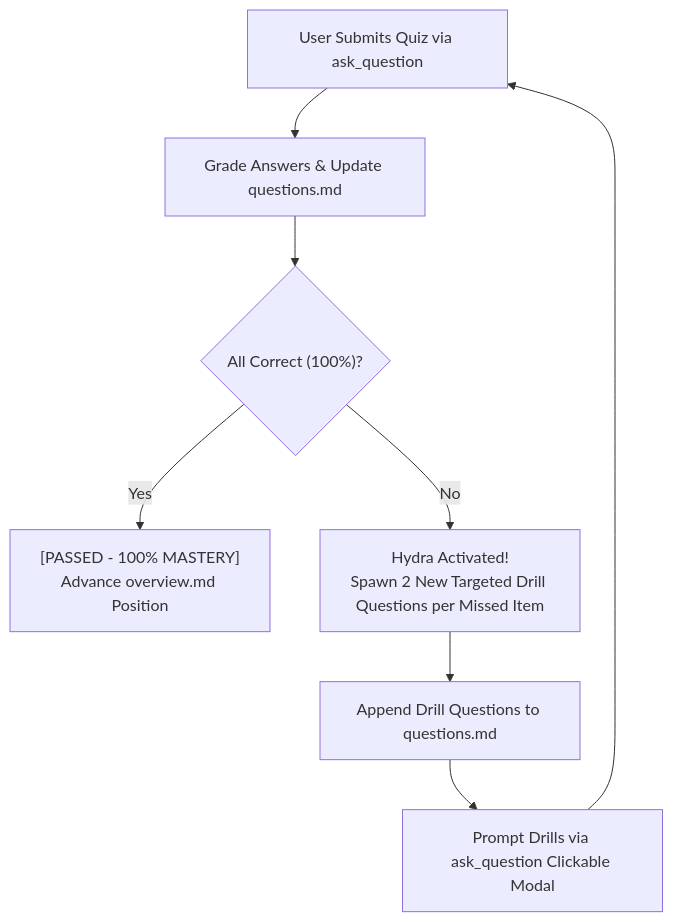
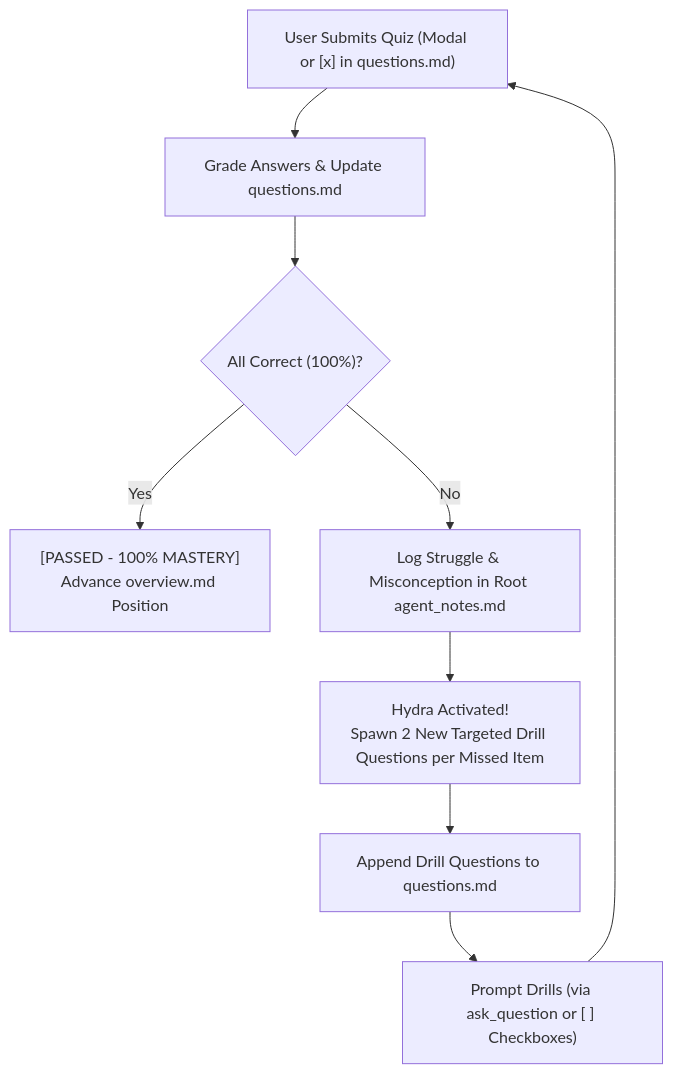
The second of 2 diagrams in notes-conduct-quiz/SKILL.md (asquilatan/notes-skills), drawn with Mermaid before and after one commit. The commit also changed other lines of this file and 6 other files, not shown here.

Commit message:
feat: centralize preferences in root agent_notes, remove module notes, and support markdown checkbox quizzes

````diff
--- a/notes-conduct-quiz/SKILL.md
+++ b/notes-conduct-quiz/SKILL.md
@@ -132,10 +134,11 @@
 ```mermaid
 flowchart TD
-    Submit["User Submits Quiz via ask_question"] --> Grade["Grade Answers & Update questions.md"]
+    Submit["User Submits Quiz (Modal or [x] in questions.md)"] --> Grade["Grade Answers & Update questions.md"]
     Grade --> Check{"All Correct (100%)?"}
     Check -- Yes --> Pass["[PASSED - 100% MASTERY]<br/>Advance overview.md Position"]
-    Check -- No --> Hydra["Hydra Activated!<br/>Spawn 2 New Targeted Drill Questions per Missed Item"]
+    Check -- No --> LogStruggle["Log Struggle & Misconception in Root agent_notes.md"]
+    LogStruggle --> Hydra["Hydra Activated!<br/>Spawn 2 New Targeted Drill Questions per Missed Item"]
     Hydra --> Append["Append Drill Questions to questions.md"]
-    Append --> Reprompt["Prompt Drills via ask_question Clickable Modal"]
+    Append --> Reprompt["Prompt Drills (via ask_question or [ ] Checkboxes)"]
     Reprompt --> Submit
 ```
````
